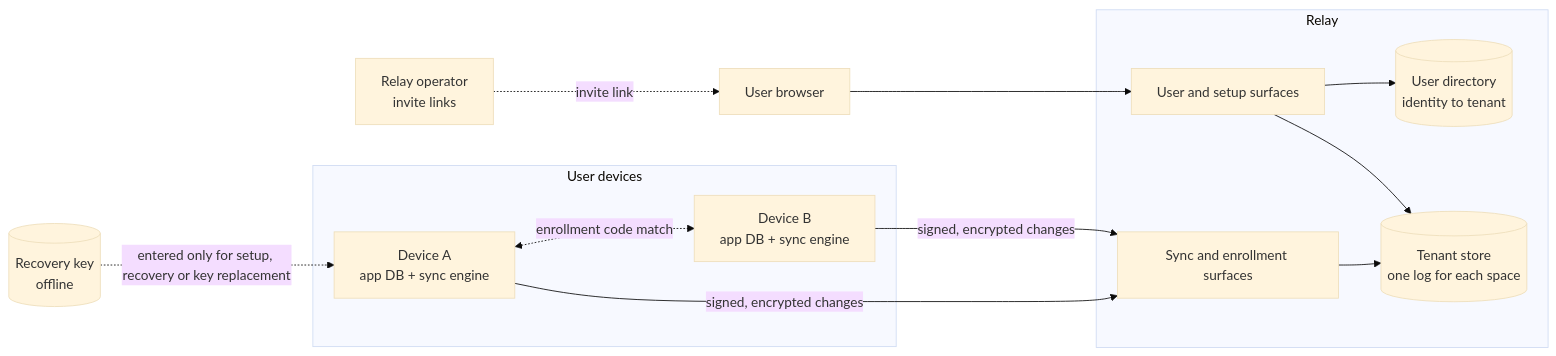
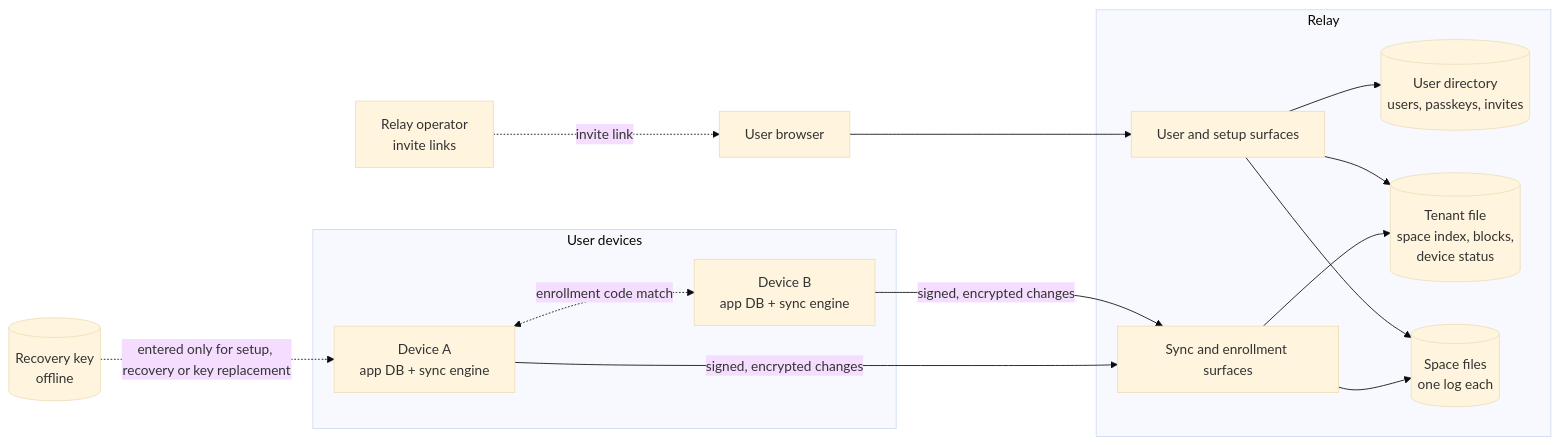
One commit to bcrisp4/snailfish changed the diagram in DESIGN.md. Above: the diagram before and after it, drawn with Mermaid (base theme). The commit also changed other lines of this file, not shown here.

First line of the commit message:
Use one relay database file per space

````diff
--- a/DESIGN.md
+++ b/DESIGN.md
@@ -400,25 +423,28 @@
 ```mermaid
 flowchart LR
   subgraph User devices
     A[Device A<br/>app DB + sync engine]
     B[Device B<br/>app DB + sync engine]
   end
   Browser[User browser]
   Op[Relay operator<br/>invite links]
   RK[(Recovery key<br/>offline)]
   subgraph Relay
     S[Sync and enrollment surfaces]
     O[User and setup surfaces]
-    Dir[(User directory<br/>identity to tenant)]
-    T[(Tenant store<br/>one log for each space)]
+    Dir[(User directory<br/>users, passkeys, invites)]
+    TF[(Tenant file<br/>space index, blocks,<br/>device status)]
+    T[(Space files<br/>one log each)]
   end
   A -- signed, encrypted changes --> S
   B -- signed, encrypted changes --> S
   A <-. enrollment code match .-> B
   Browser --> O
   Op -. invite link .-> Browser
   O --> Dir
+  S --> TF
   S --> T
+  O --> TF
   O --> T
   RK -. entered only for setup, recovery or key replacement .-> A
 ```
````
